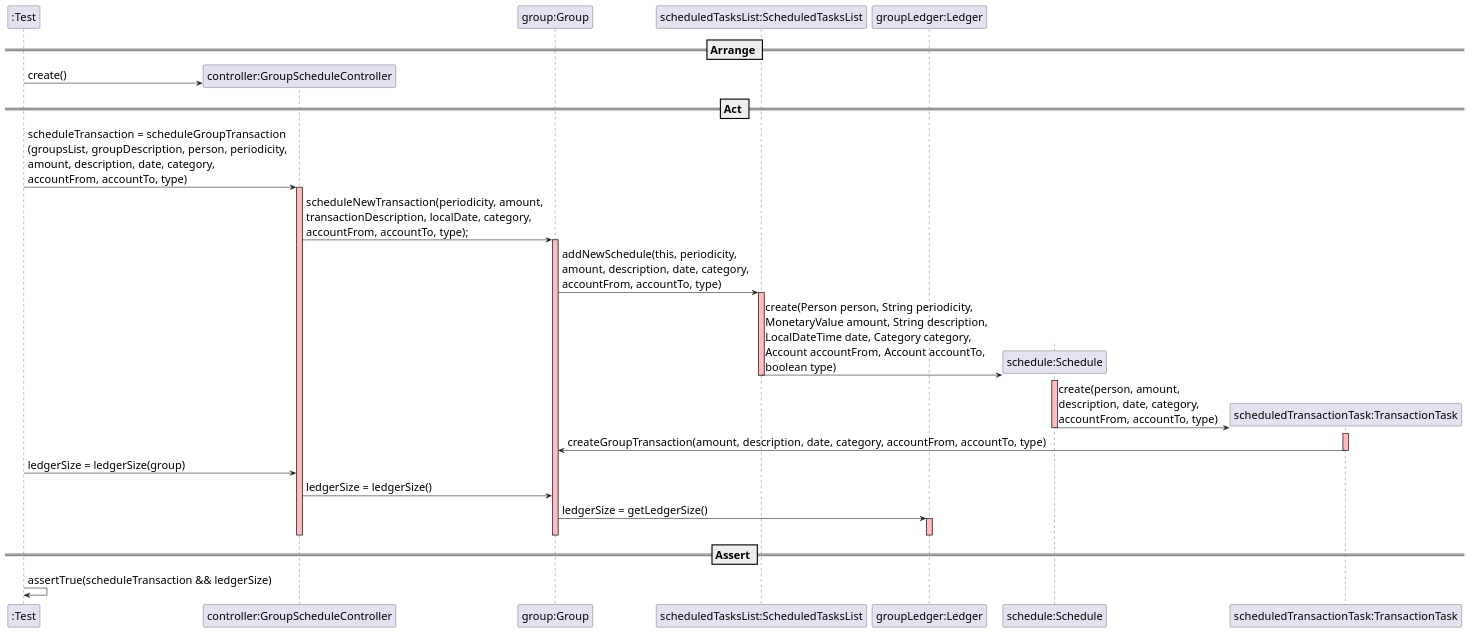
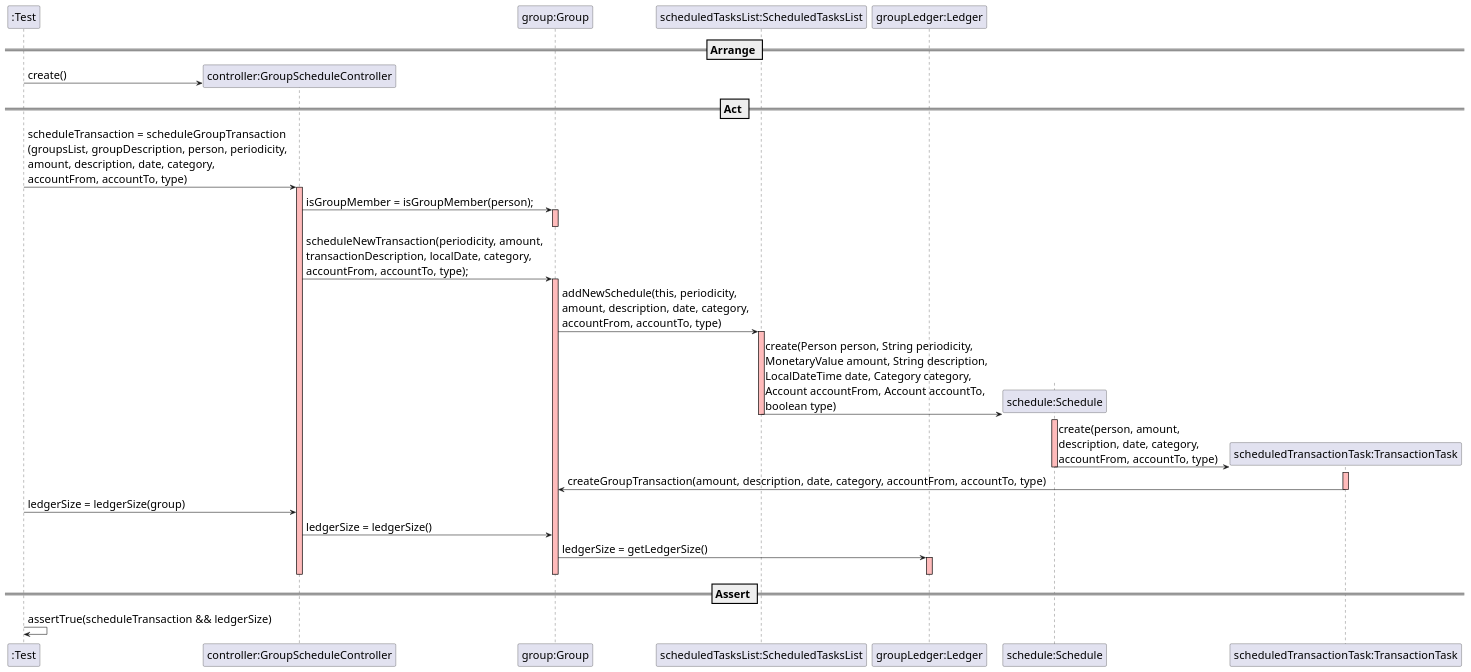
The diagram in docs/SequenceDiagram - US020.2.puml (mleitaoribeiro/DevOpsMaven), drawn with PlantUML before and after one commit.

Commit message:
fix #541 added method isGroupMember to diagram

```diff
--- a/docs/SequenceDiagram - US020.2.puml
+++ b/docs/SequenceDiagram - US020.2.puml
@@ -1,46 +1,49 @@
 @startuml
 skinparam DefaultFontSize 20
 participant ":Test"
 
 == Arrange ==
 
 create "controller:GroupScheduleController"
 ":Test" -> "controller:GroupScheduleController" : create()
 
 participant "group:Group"
 participant "scheduledTasksList:ScheduledTasksList"
 participant "groupLedger:Ledger"
 
 == Act ==
 
 ":Test" -> "controller:GroupScheduleController" : scheduleTransaction = scheduleGroupTransaction\n(groupsList, groupDescription, person, periodicity, \namount, description, date, category, \naccountFrom, accountTo, type)
 activate "controller:GroupScheduleController" #FFBBBB
+"controller:GroupScheduleController" -> "group:Group" : isGroupMember = isGroupMember(person);
+activate "group:Group" #FFBBBB
+deactivate "group:Group"
 "controller:GroupScheduleController" -> "group:Group" : scheduleNewTransaction(periodicity, amount, \ntransactionDescription, localDate, category, \naccountFrom, accountTo, type);
 activate "group:Group" #FFBBBB
 "group:Group" -> "scheduledTasksList:ScheduledTasksList" : addNewSchedule(this, periodicity, \namount, description, date, category, \naccountFrom, accountTo, type)
 activate "scheduledTasksList:ScheduledTasksList" #FFBBBB
 create "schedule:Schedule"
 "scheduledTasksList:ScheduledTasksList" -> "schedule:Schedule" : create(Person person, String periodicity, \nMonetaryValue amount, String description, \nLocalDateTime date, Category category, \nAccount accountFrom, Account accountTo, \nboolean type)
 activate "schedule:Schedule" #FFBBBB
 create "scheduledTransactionTask:TransactionTask"
 deactivate "scheduledTasksList:ScheduledTasksList"
 "schedule:Schedule" -> "scheduledTransactionTask:TransactionTask" : create(person, amount, \ndescription, date, category, \naccountFrom, accountTo, type)
 deactivate "schedule:Schedule"
 activate "scheduledTransactionTask:TransactionTask" #FFBBBB
 "scheduledTransactionTask:TransactionTask" -> "group:Group" : createGroupTransaction(amount, description, date, category, accountFrom, accountTo, type)
 deactivate "scheduledTransactionTask:TransactionTask"
 
 ":Test" -> "controller:GroupScheduleController" : ledgerSize = ledgerSize(group)
 "controller:GroupScheduleController" -> "group:Group" : ledgerSize = ledgerSize()
 "group:Group" -> "groupLedger:Ledger" : ledgerSize = getLedgerSize()
 activate "groupLedger:Ledger" #FFBBBB
 deactivate "controller:GroupScheduleController"
 deactivate "group:Group"
 deactivate "groupLedger:Ledger"
 
 == Assert ==
 
 ":Test" -> ":Test" : assertTrue(scheduleTransaction && ledgerSize)
 
 
 @enduml
```
